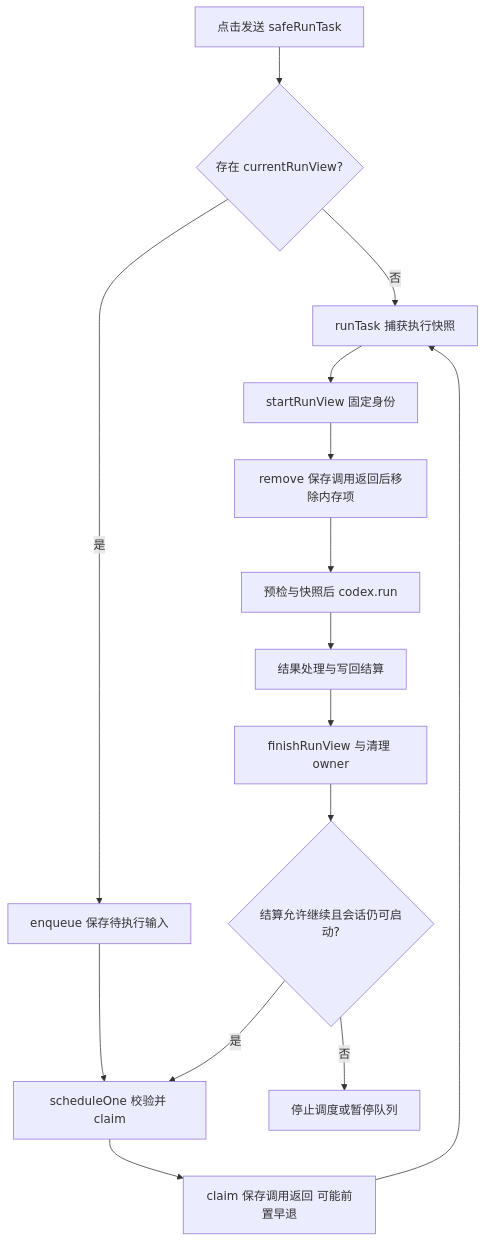
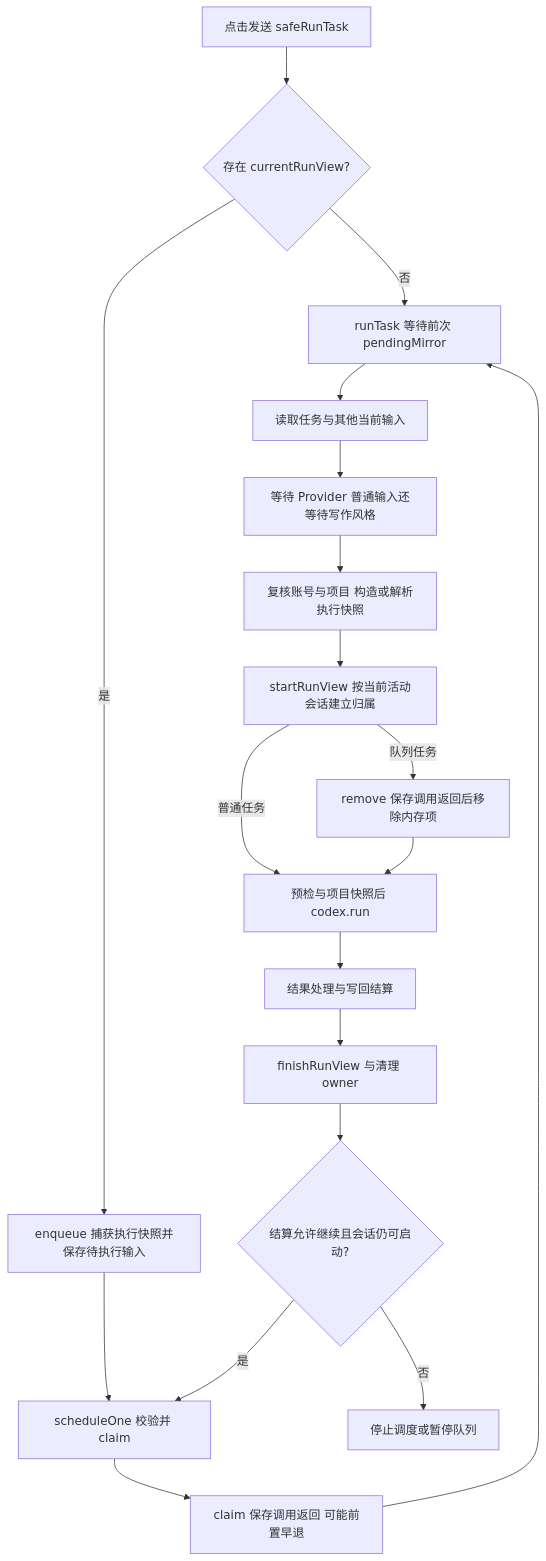
Before and after one commit to Ghqqqq/codex-overleaf-link: the diagram in docs/architecture/run-state-and-recovery.md, drawn with Mermaid. The commit also changed other lines of this file and 9 other files, not shown here.

````diff
--- a/docs/architecture/run-state-and-recovery.md
+++ b/docs/architecture/run-state-and-recovery.md
@@ -51,17 +51,21 @@
 ```mermaid
 flowchart TD
   A[点击发送 safeRunTask] --> B{存在 currentRunView?}
-  B -->|否| C[runTask 捕获执行快照]
-  B -->|是| Q[enqueue 保存待执行输入]
+  B -->|否| M[runTask 等待前次 pendingMirror]
+  B -->|是| Q[enqueue 捕获执行快照并保存待执行输入]
   Q --> R[scheduleOne 校验并 claim]
   R --> S[claim 保存调用返回 可能前置早退]
-  S --> C
-  C --> V[startRunView 固定身份]
-  V --> P[remove 保存调用返回后移除内存项]
-  P --> N[预检与快照后 codex.run]
+  S --> M
+  M --> C[读取任务与其他当前输入]
+  C --> L[等待 Provider 普通输入还等待写作风格]
+  L --> I[复核账号与项目 构造或解析执行快照]
+  I --> V[startRunView 按当前活动会话建立归属]
+  V -->|队列任务| P[remove 保存调用返回后移除内存项]
+  V -->|普通任务| N[预检与项目快照后 codex.run]
+  P --> N
   N --> W[结果处理与写回结算]
   W --> T[finishRunView 与清理 owner]
   T --> U{结算允许继续且会话仍可启动?}
   U -->|是| R
   U -->|否| X[停止调度或暂停队列]
 ```
````
